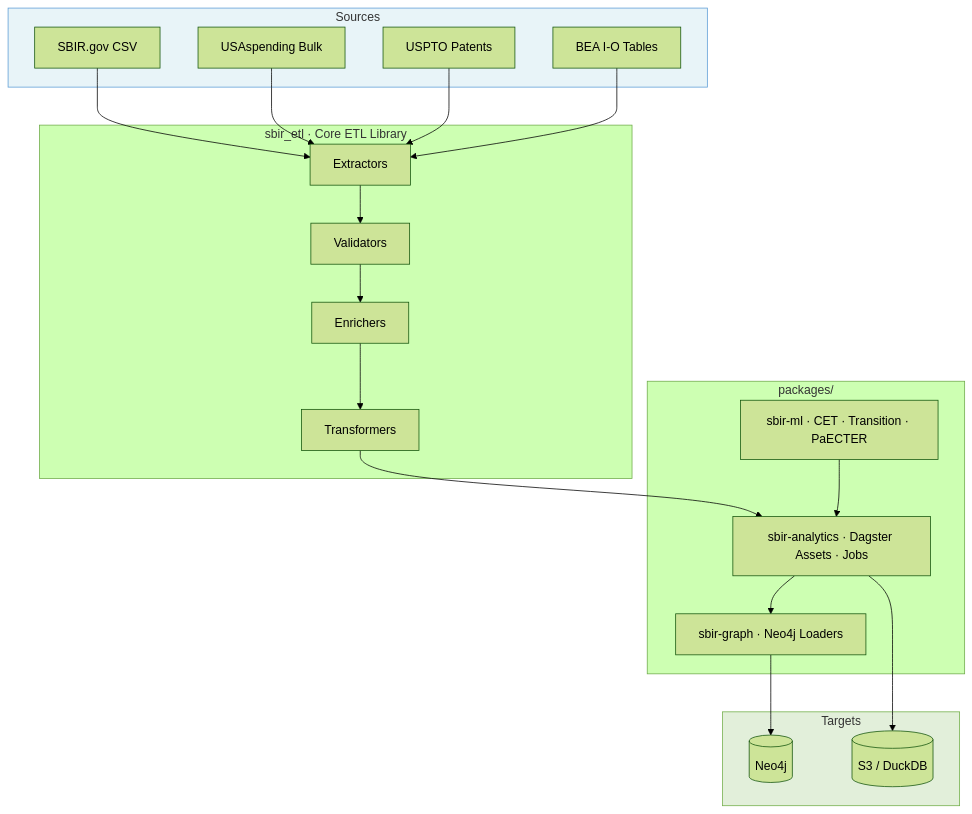
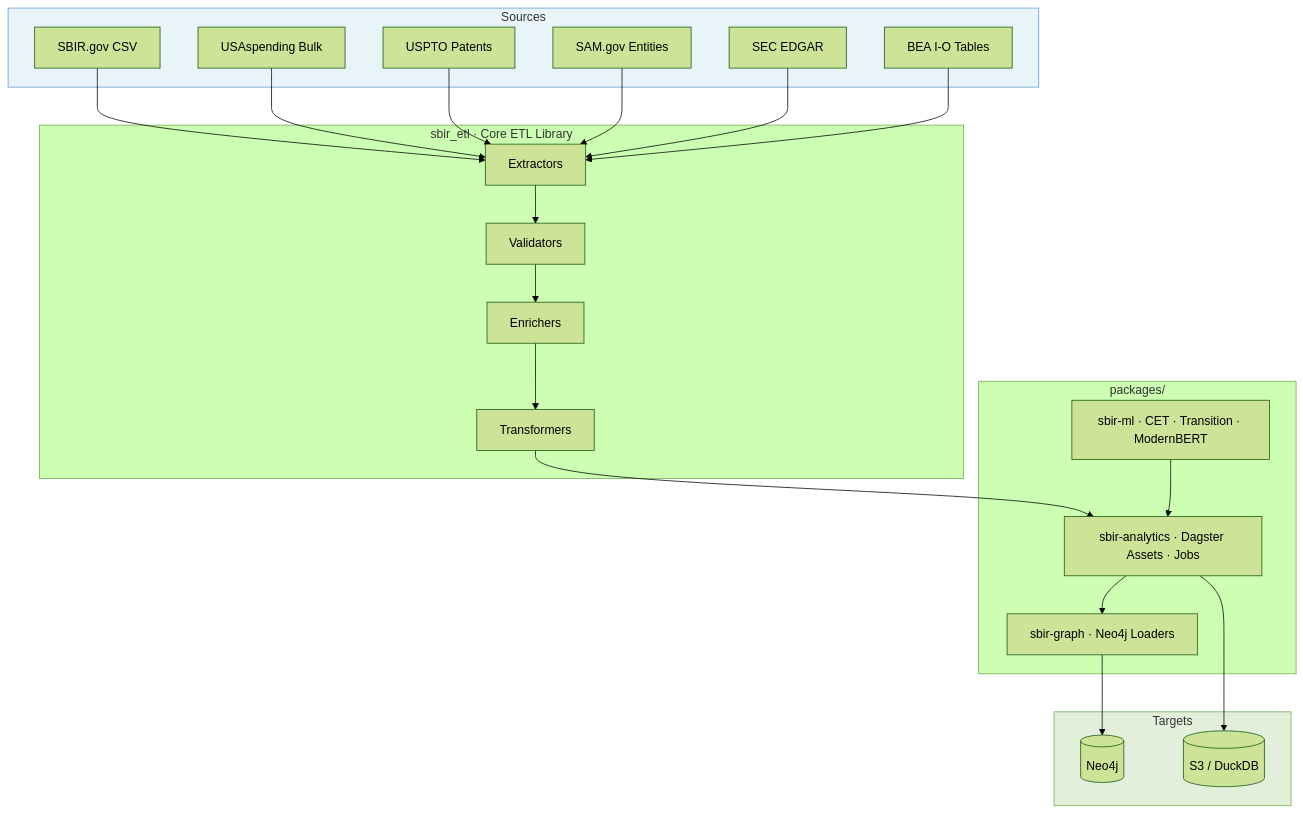
One commit to hollomancer/sbir-analytics changed the diagram in README.md. Above: the diagram before and after it, drawn with Mermaid (forest theme). The commit also changed other lines of this file and 37 other files, not shown here.

````diff
--- a/README.md
+++ b/README.md
@@ -99,37 +95,39 @@
 ```mermaid
 graph TD
     subgraph Sources
         SBIR[SBIR.gov CSV]
         USA[USAspending Bulk]
         USPTO[USPTO Patents]
+        SAM[SAM.gov Entities]
+        SEC[SEC EDGAR]
         BEA[BEA I-O Tables]
     end
 
     subgraph "sbir_etl  · Core ETL Library"
         EXT[Extractors]
         VAL[Validators]
         ENR[Enrichers]
         TRN[Transformers]
     end
 
     subgraph "packages/"
-        ML["sbir-ml · CET · Transition · PaECTER"]
+        ML["sbir-ml · CET · Transition · ModernBERT"]
         AN["sbir-analytics · Dagster Assets · Jobs"]
         GR["sbir-graph · Neo4j Loaders"]
     end
 
     subgraph Targets
         NEO4J[(Neo4j)]
         S3[(S3 / DuckDB)]
     end
 
-    SBIR & USA & USPTO & BEA --> EXT
+    SBIR & USA & USPTO & SAM & SEC & BEA --> EXT
     EXT --> VAL --> ENR --> TRN
     TRN --> AN
     ML --> AN
     AN --> GR --> NEO4J
     AN --> S3
 
     style Sources fill:#e8f4f8,stroke:#5b9bd5
     style Targets fill:#e2efda,stroke:#70ad47
 ```
````
